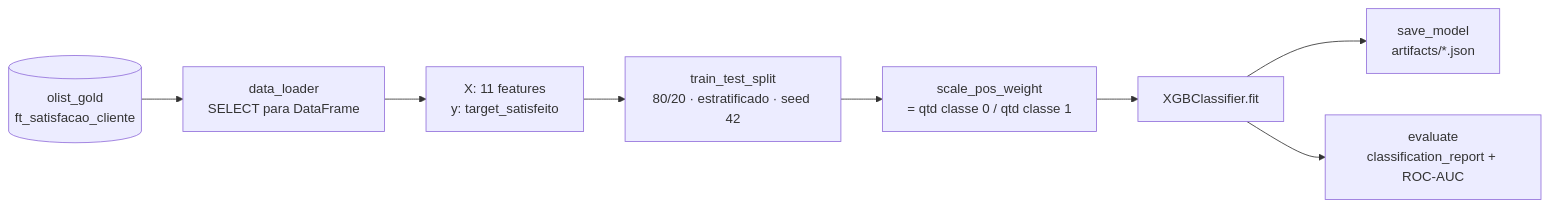
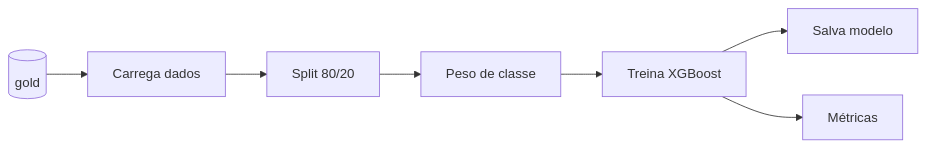
One commit to zVilanova/Olist-Satisfaction-Classifier changed the third of 4 diagrams in README.md. Above: the diagram before and after it, drawn with Mermaid. The commit also changed other lines of this file, not shown here.

````diff
--- a/README.md
+++ b/README.md
@@ -249,10 +248,5 @@
 ```mermaid
 flowchart LR
-    A[("olist_gold<br/>ft_satisfacao_cliente")] --> B["data_loader<br/>SELECT para DataFrame"]
-    B --> C["X: 11 features<br/>y: target_satisfeito"]
-    C --> D["train_test_split<br/>80/20 · estratificado · seed 42"]
-    D --> E["scale_pos_weight<br/>= qtd classe 0 / qtd classe 1"]
-    E --> F["XGBClassifier.fit"]
-    F --> G["save_model<br/>artifacts/*.json"]
-    F --> H["evaluate<br/>classification_report + ROC-AUC"]
+    A[("gold")] --> B["Carrega dados"] --> C["Split 80/20"] --> D["Peso de classe"] --> E["Treina XGBoost"] --> F["Salva modelo"]
+    E --> G["Métricas"]
 ```
````
